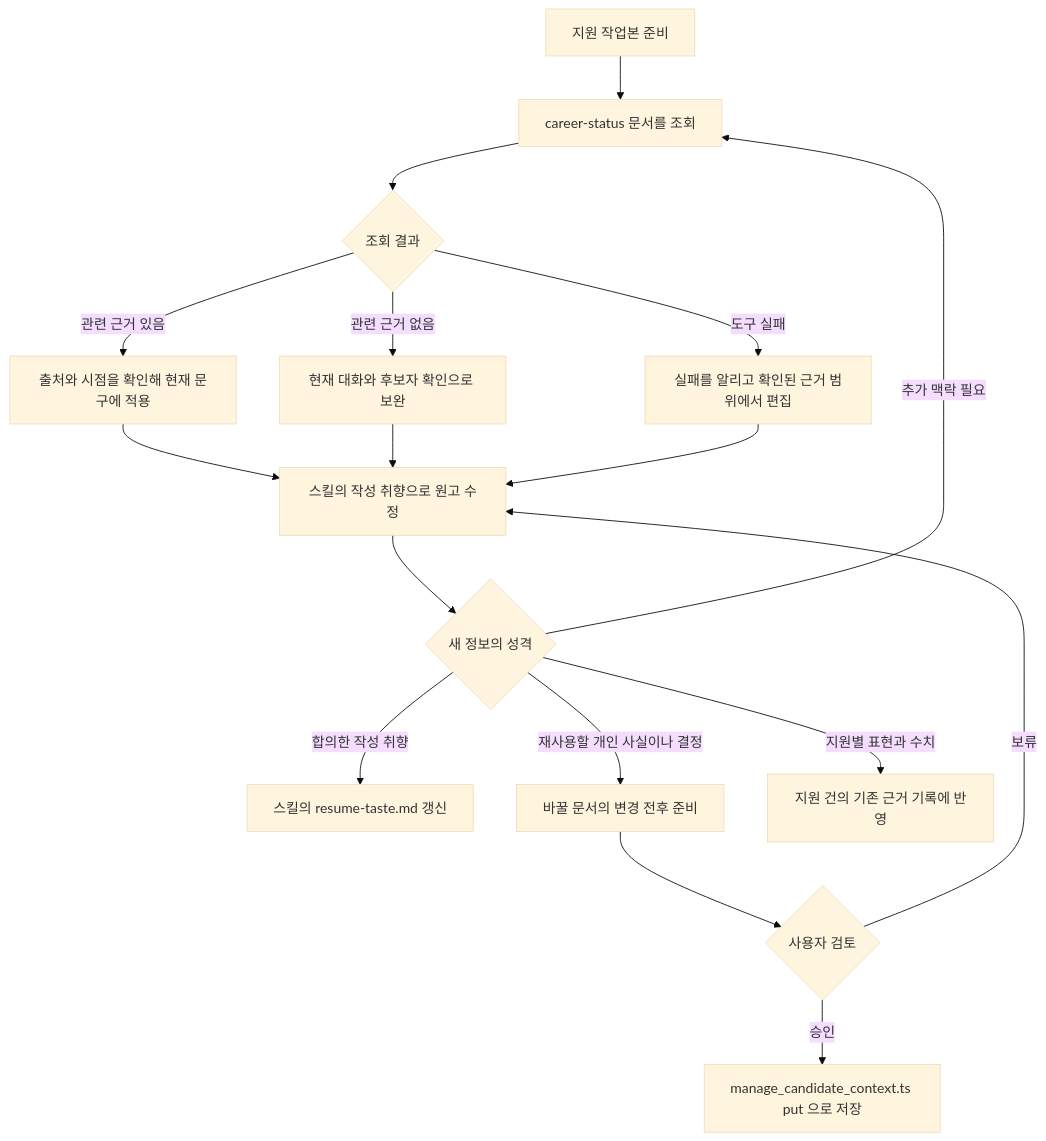
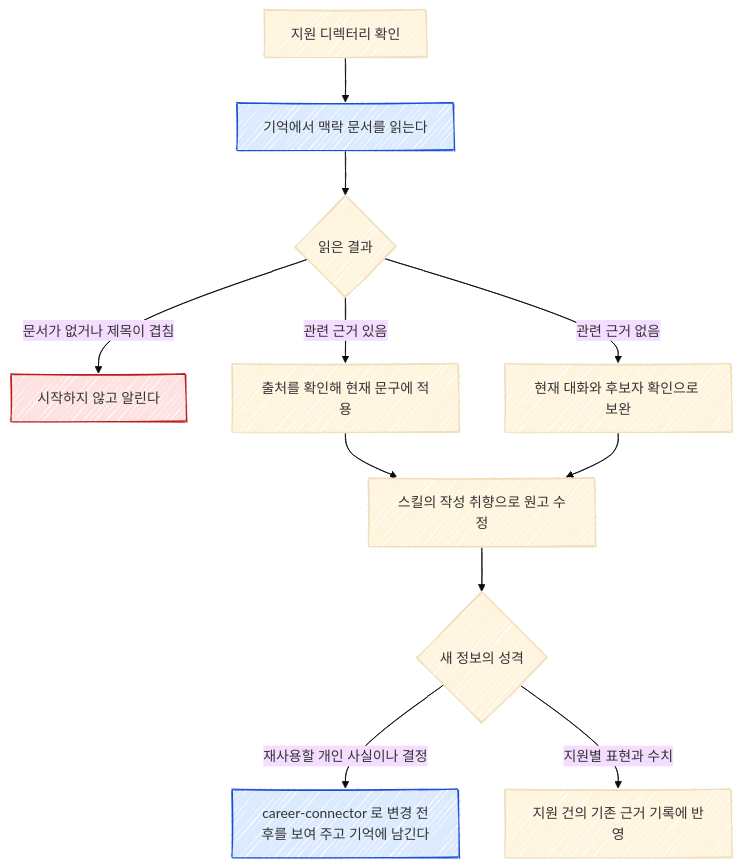
One commit to jon890/fos-agents changed the fifth of 9 diagrams in career-os/docs/flow.md. Above: the diagram before and after it, drawn with Mermaid (base theme). The commit also changed other lines of this file and 15 other files, not shown here.

````diff
--- a/career-os/docs/flow.md
+++ b/career-os/docs/flow.md
@@ -558,19 +444,19 @@
 ```mermaid
+---
+config:
+  look: handDrawn
+---
 flowchart TD
-    A[지원 작업본 준비] --> B[career-status 문서를 조회]
-    B --> C{조회 결과}
-    C -->|관련 근거 있음| D[출처와 시점을 확인해 현재 문구에 적용]
+    A[지원 디렉터리 확인] --> B[기억에서 맥락 문서를 읽는다]:::memory
+    B --> C{읽은 결과}
+    C -->|문서가 없거나 제목이 겹침| X[시작하지 않고 알린다]:::stop
+    C -->|관련 근거 있음| D[출처를 확인해 현재 문구에 적용]
     C -->|관련 근거 없음| E[현재 대화와 후보자 확인으로 보완]
-    C -->|도구 실패| F[실패를 알리고 확인된 근거 범위에서 편집]
     D --> G[스킬의 작성 취향으로 원고 수정]
     E --> G
-    F --> G
     G --> H{새 정보의 성격}
-    H -->|추가 맥락 필요| B
-    H -->|합의한 작성 취향| I[스킬의 resume-taste.md 갱신]
-    H -->|재사용할 개인 사실이나 결정| J[바꿀 문서의 변경 전후 준비]
+    H -->|재사용할 개인 사실이나 결정| J[career-connector 로 변경 전후를 보여 주고 기억에 남긴다]:::memory
     H -->|지원별 표현과 수치| K[지원 건의 기존 근거 기록에 반영]
-    J --> L{사용자 검토}
-    L -->|승인| M[manage_candidate_context.ts put 으로 저장]
-    L -->|보류| G
+    classDef memory fill:#dbeafe,stroke:#1d4ed8
+    classDef stop fill:#fee2e2,stroke:#b91c1c
 ```
````
